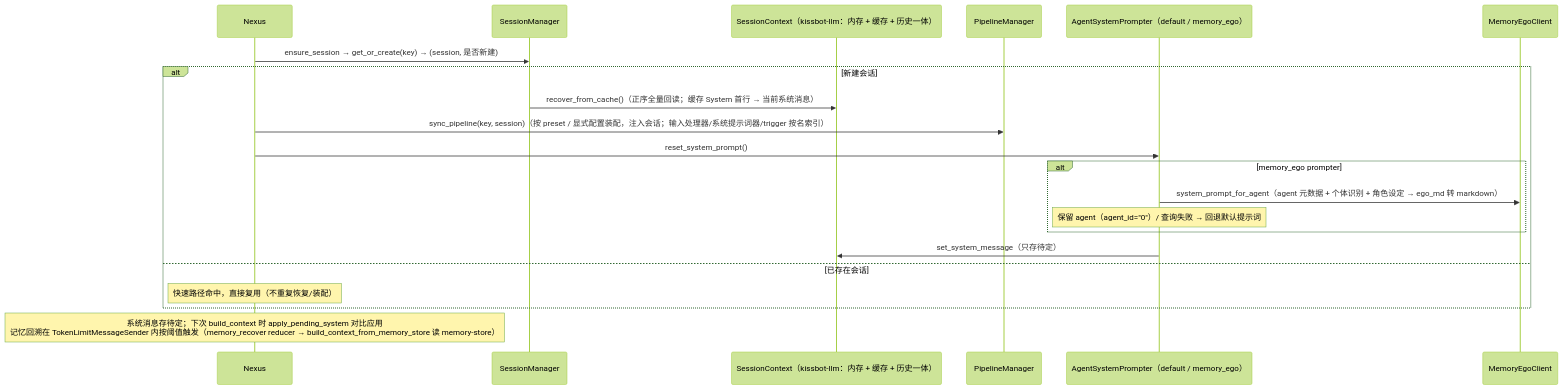
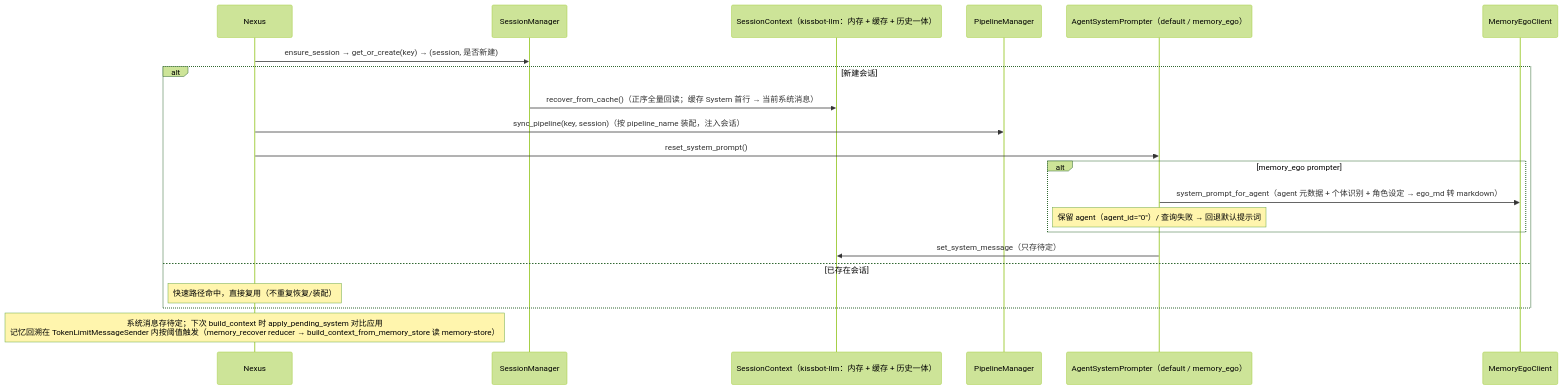
One commit to coldcloude/kissbot changed the fifth of 5 diagrams in docs/spec/agent-modules.md. Above: the diagram before and after it, drawn with Mermaid (forest theme). The commit also changed other lines of this file and 30 other files, not shown here.

````diff
--- a/docs/spec/agent-modules.md
+++ b/docs/spec/agent-modules.md
@@ -222,24 +230,24 @@
 ```mermaid
 sequenceDiagram
     participant CO as Nexus
     participant SM as SessionManager
     participant SC as SessionContext（kissbot-llm：内存 + 缓存 + 历史一体）
     participant PLS as PipelineManager
     participant SP as AgentSystemPrompter（default / memory_ego）
     participant MEC as MemoryEgoClient
 
     CO->>SM: ensure_session → get_or_create(key) → (session, 是否新建)
     alt 新建会话
         SM->>SC: recover_from_cache()（正序全量回读；缓存 System 首行 → 当前系统消息）
-        CO->>PLS: sync_pipeline(key, session)（按 preset / 显式配置装配，注入会话；输入处理器/系统提示词器/trigger 按名索引）
+        CO->>PLS: sync_pipeline(key, session)（按 pipeline_name 装配，注入会话）
         CO->>SP: reset_system_prompt()
         alt memory_ego prompter
             SP->>MEC: system_prompt_for_agent（agent 元数据 + 个体识别 + 角色设定 → ego_md 转 markdown）
             Note over SP: 保留 agent（agent_id="0"）/ 查询失败 → 回退默认提示词
         end
         SP->>SC: set_system_message（只存待定）
     else 已存在会话
         Note over CO: 快速路径命中，直接复用（不重复恢复/装配）
     end
     Note over CO: 系统消息存待定；下次 build_context 时 apply_pending_system 对比应用<br/>记忆回溯在 TokenLimitMessageSender 内按阈值触发（memory_recover reducer → build_context_from_memory_store 读 memory-store）
 ```
````
